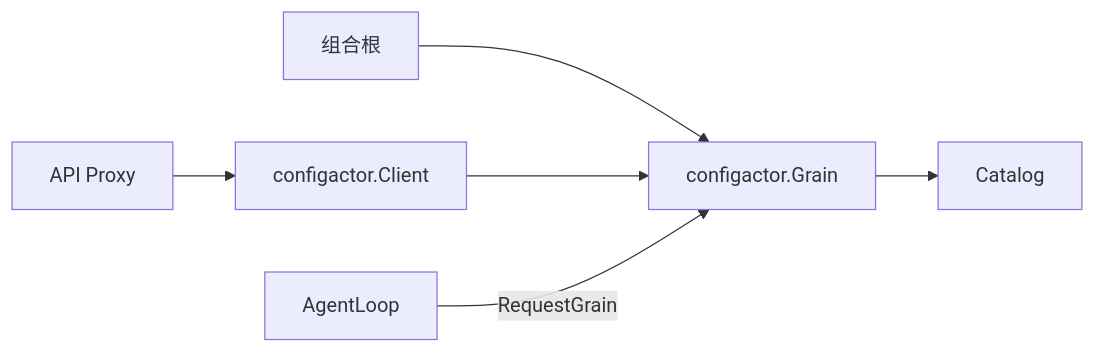
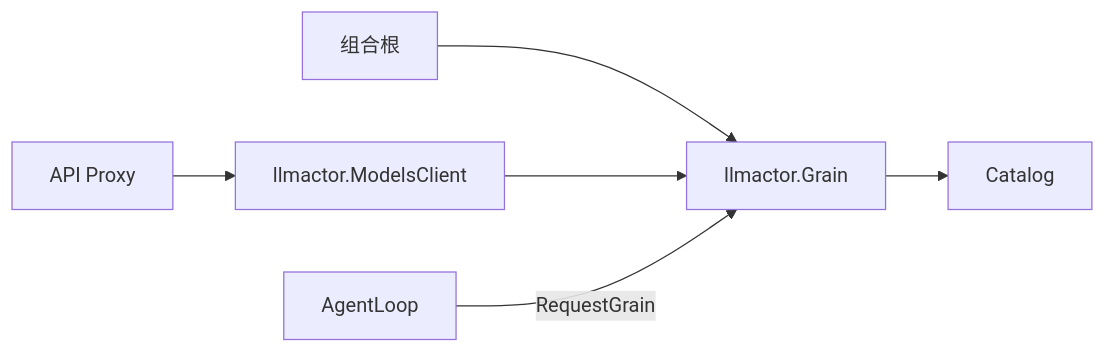
The diagram in llm/modelconfig/README.zh-CN.md (gorenx/goren), drawn with Mermaid before and after one commit. The commit also changed 15 other files, not shown here.

````diff
--- a/llm/modelconfig/README.zh-CN.md
+++ b/llm/modelconfig/README.zh-CN.md
@@ -7,8 +7,8 @@
 ```mermaid
 flowchart LR
-    Composition[组合根] --> Grain[configactor.Grain]
-    Proxy[API Proxy] --> Client[configactor.Client]
+    Composition[组合根] --> Grain[llmactor.Grain]
+    Proxy[API Proxy] --> Client[llmactor.ModelsClient]
     Client --> Grain
     Agent[AgentLoop] -->|RequestGrain| Grain
     Grain --> Catalog[Catalog]
 ```
````
